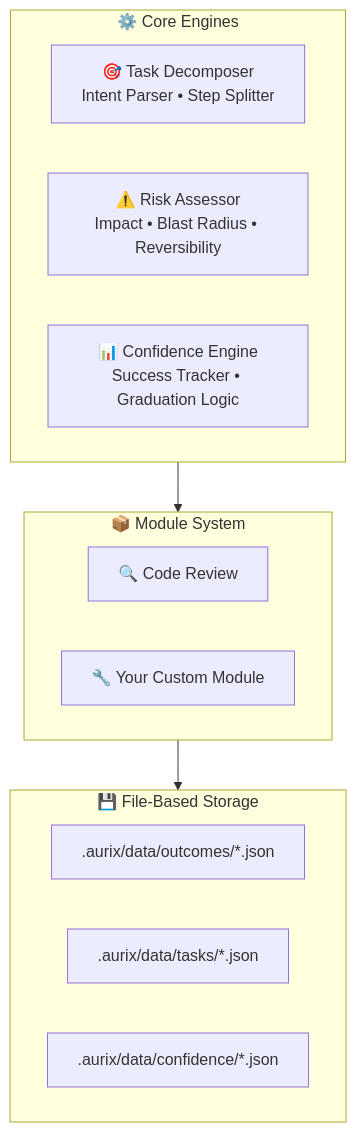
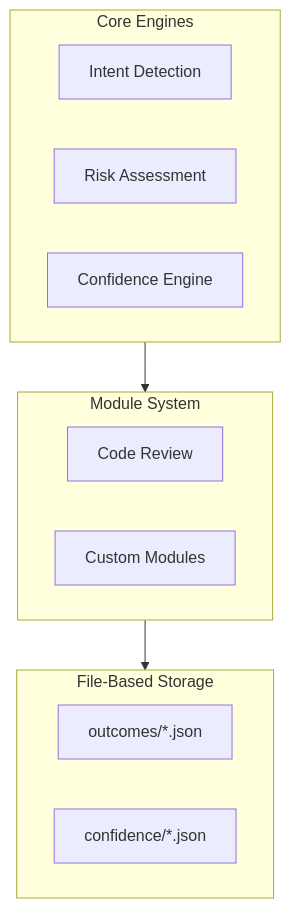
Before and after one commit to cstpalash/aurix: the first of 3 diagrams in README.md, drawn with Mermaid. The commit also changed other lines of this file and 9 other files, not shown here.

````diff
--- a/README.md
+++ b/README.md
@@ -55,22 +30,20 @@
 ```mermaid
 flowchart TB
-    subgraph Core["⚙️ Core Engines"]
-        TD["🎯 Task Decomposer<br/>Intent Parser • Step Splitter"]
-        RA["⚠️ Risk Assessor<br/>Impact • Blast Radius • Reversibility"]
-        CE["📊 Confidence Engine<br/>Success Tracker • Graduation Logic"]
+    subgraph Core["Core Engines"]
+        TD["Intent Detection"]
+        RA["Risk Assessment"]
+        CE["Confidence Engine"]
     end
     
-    subgraph Modules["📦 Module System"]
-        CR["🔍 Code Review"]
-        CM["🔧 Your Custom Module"]
+    subgraph Modules["Module System"]
+        CR["Code Review"]
+        CM["Custom Modules"]
     end
     
-    subgraph Storage["💾 File-Based Storage"]
-        S1[".aurix/data/outcomes/*.json"]
-        S2[".aurix/data/tasks/*.json"]
-        S3[".aurix/data/confidence/*.json"]
+    subgraph Storage["File-Based Storage"]
+        S1["outcomes/*.json"]
+        S2["confidence/*.json"]
     end
     
-    Core --> Modules
-    Modules --> Storage
+    Core --> Modules --> Storage
 ```
````
